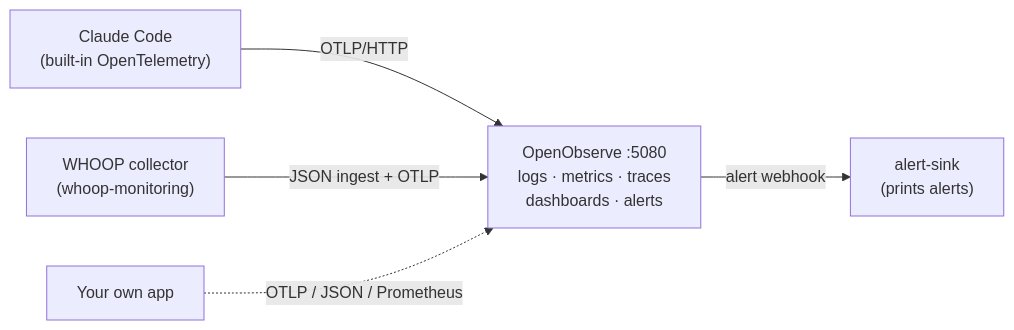
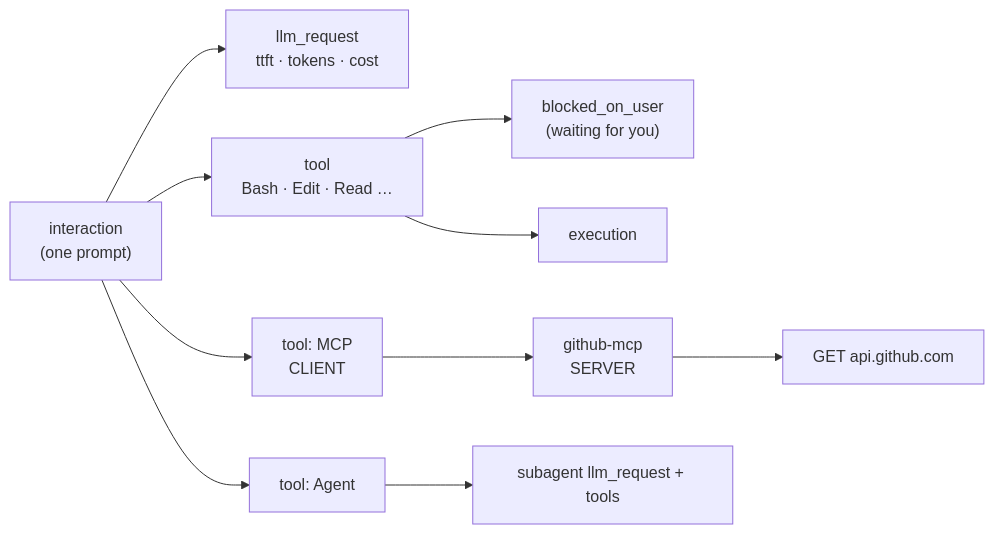
Before and after one commit to Iamrushabhshahh/openobserve-playground: the diagram in README.md, drawn with Mermaid. The commit also changed other lines of this file and 15 other files, not shown here.

First line of the commit message:
Make tracing the focus: synthetic agent traces, tracing tour, screenshots

````diff
--- a/README.md
+++ b/README.md
@@ -8,7 +31,9 @@
 ```mermaid
 flowchart LR
-  C["Claude Code<br/>(built-in OpenTelemetry)"] -->|"OTLP/HTTP"| O
-  W["WHOOP collector<br/>(whoop-monitoring)"] -->|"JSON ingest + OTLP"| O
-  Y["Your own app"] -.->|"OTLP / JSON / Prometheus"| O
-  O["OpenObserve :5080<br/>logs · metrics · traces<br/>dashboards · alerts"] -->|"alert webhook"| S["alert-sink<br/>(prints alerts)"]
+  I["interaction<br/>(one prompt)"] --> L["llm_request<br/>ttft · tokens · cost"]
+  I --> T["tool<br/>Bash · Edit · Read …"]
+  T --> W["blocked_on_user<br/>(waiting for you)"]
+  T --> E["execution"]
+  I --> M["tool: MCP<br/>CLIENT"] --> S["github-mcp<br/>SERVER"] --> G["GET api.github.com"]
+  I --> A["tool: Agent"] --> SL["subagent llm_request + tools"]
 ```
````
